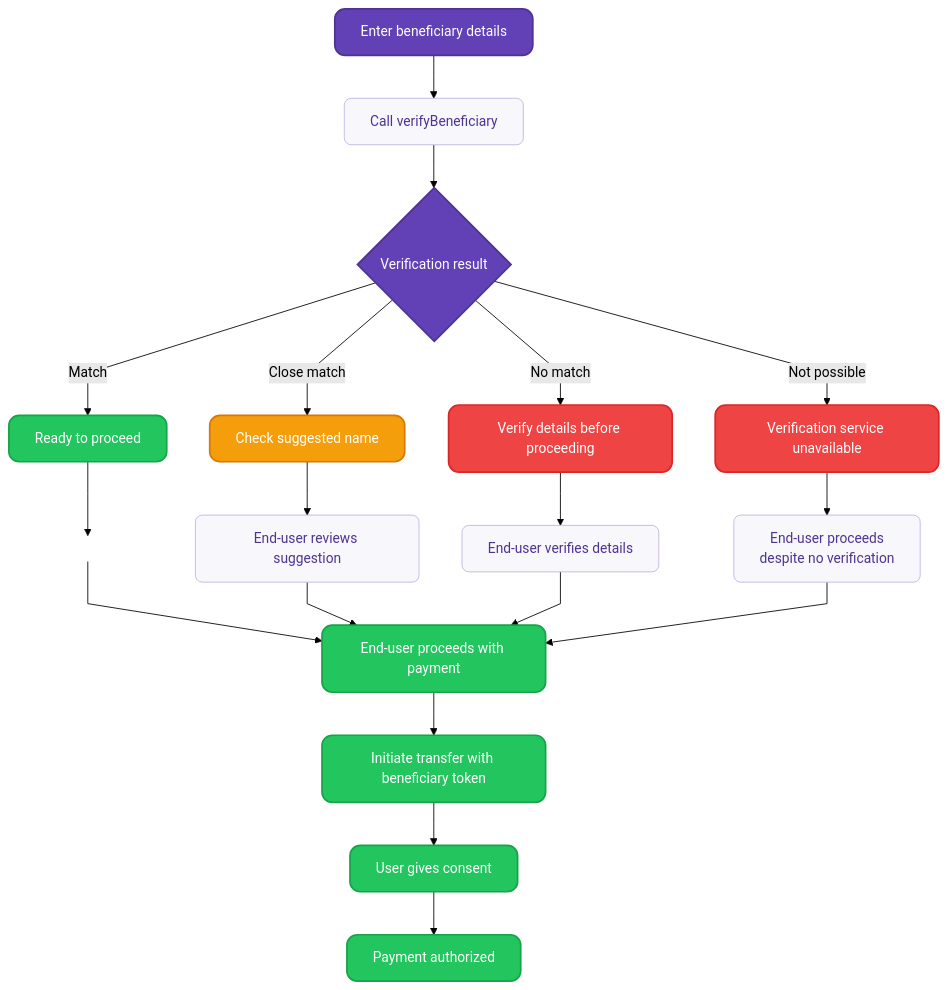
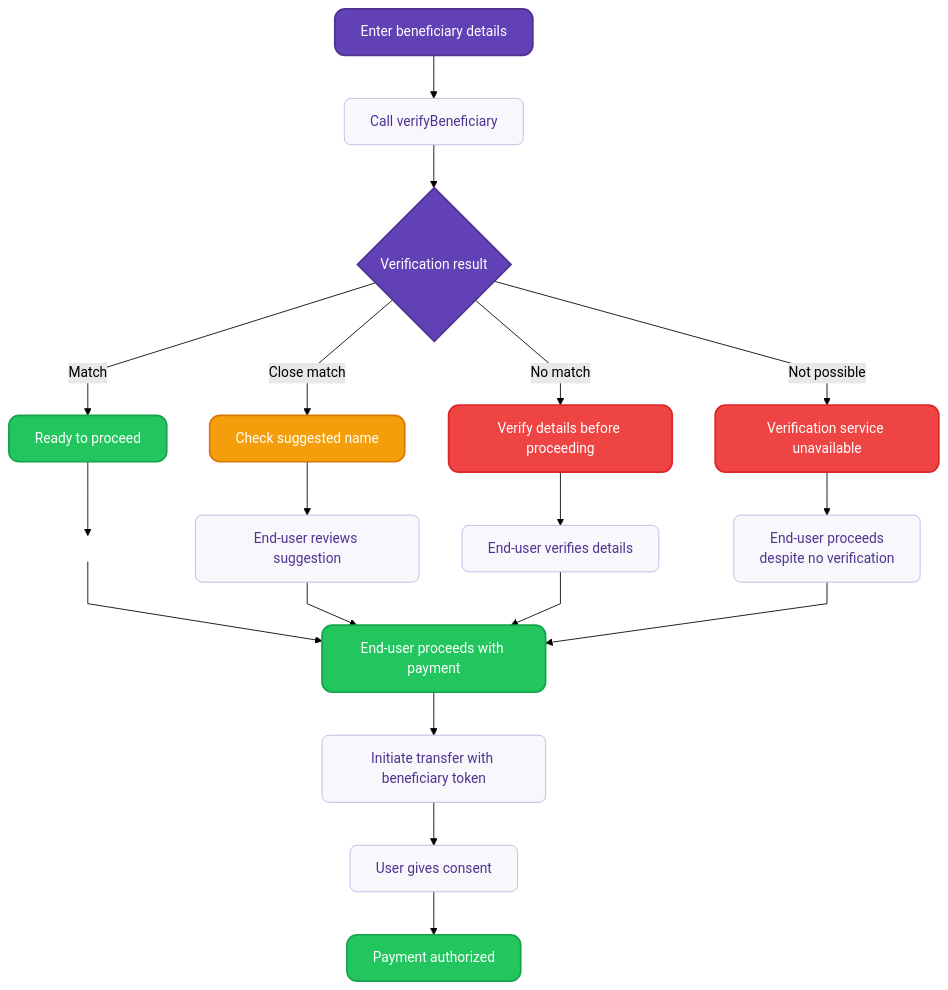
Before and after one commit to swan-io/docs: the fourth of 4 diagrams in docs/topics/payments/credit-transfers/sepa/verification-of-payee.mdx, drawn with Mermaid (forest theme). The commit also changed other lines of this file and 4 other files, not shown here.

````diff
--- a/docs/topics/payments/credit-transfers/sepa/verification-of-payee.mdx
+++ b/docs/topics/payments/credit-transfers/sepa/verification-of-payee.mdx
@@ -290,49 +292,49 @@
 ```mermaid
 %%{ init: { 'flowchart': { 'curve': 'linear' } } }%%
 flowchart TD
     A["Enter beneficiary details"] --> B[Call verifyBeneficiary]
     B --> C{Verification result}
     
     D["Ready to proceed"]
     E["Check suggested name"]  
     F["Verify details before proceeding"]
     G["Verification service unavailable"]
     
     C -->|"Match"| D
     C -->|"Close match"| E
     C -->|"No match"| F
     C -->|"Not possible"| G
     
     D --> H[" "]
     E --> I["End-user reviews suggestion"]
     F --> J["End-user verifies details"]
     G --> K["End-user proceeds<br>despite no verification"]
     
     H --> L["End-user proceeds with payment"]
     I --> L
     J --> L
     K --> L
     
     L --> M["Initiate transfer with beneficiary token"]
     M --> N["User gives consent"]
     N --> O["Payment authorized"]
     
     classDef default fill:#ffffff,stroke:#6240b5,stroke-width:1px,color:#271a48,rx:12,ry:12
     classDef input fill:#6240b5,stroke:#4e3391,stroke-width:2px,color:#ffffff,rx:12,ry:12
     classDef decision fill:#6240b5,stroke:#4e3391,stroke-width:2px,color:#ffffff,rx:20,ry:20
     classDef success fill:#22c55e,stroke:#16a34a,stroke-width:2px,color:#ffffff,rx:12,ry:12
     classDef warning fill:#f59e0b,stroke:#d97706,stroke-width:2px,color:#ffffff,rx:12,ry:12
     classDef error fill:#ef4444,stroke:#dc2626,stroke-width:2px,color:#ffffff,rx:12,ry:12
     classDef process fill:#f8f7fc,stroke:#c0b3e1,stroke-width:1px,color:#4e3391,rx:8,ry:8
     classDef final fill:#22c55e,stroke:#16a34a,stroke-width:2px,color:#ffffff,rx:12,ry:12
     classDef invisible fill:transparent,stroke:transparent,stroke-width:0px,color:transparent
     
     class A input
     class C decision
     class D success
     class E warning
     class F,G error
-    class B,I,J,K process
-    class L,M,N,O final
+    class B,I,J,K,M,N process
+    class L,O final
     class H invisible
 ```
````
